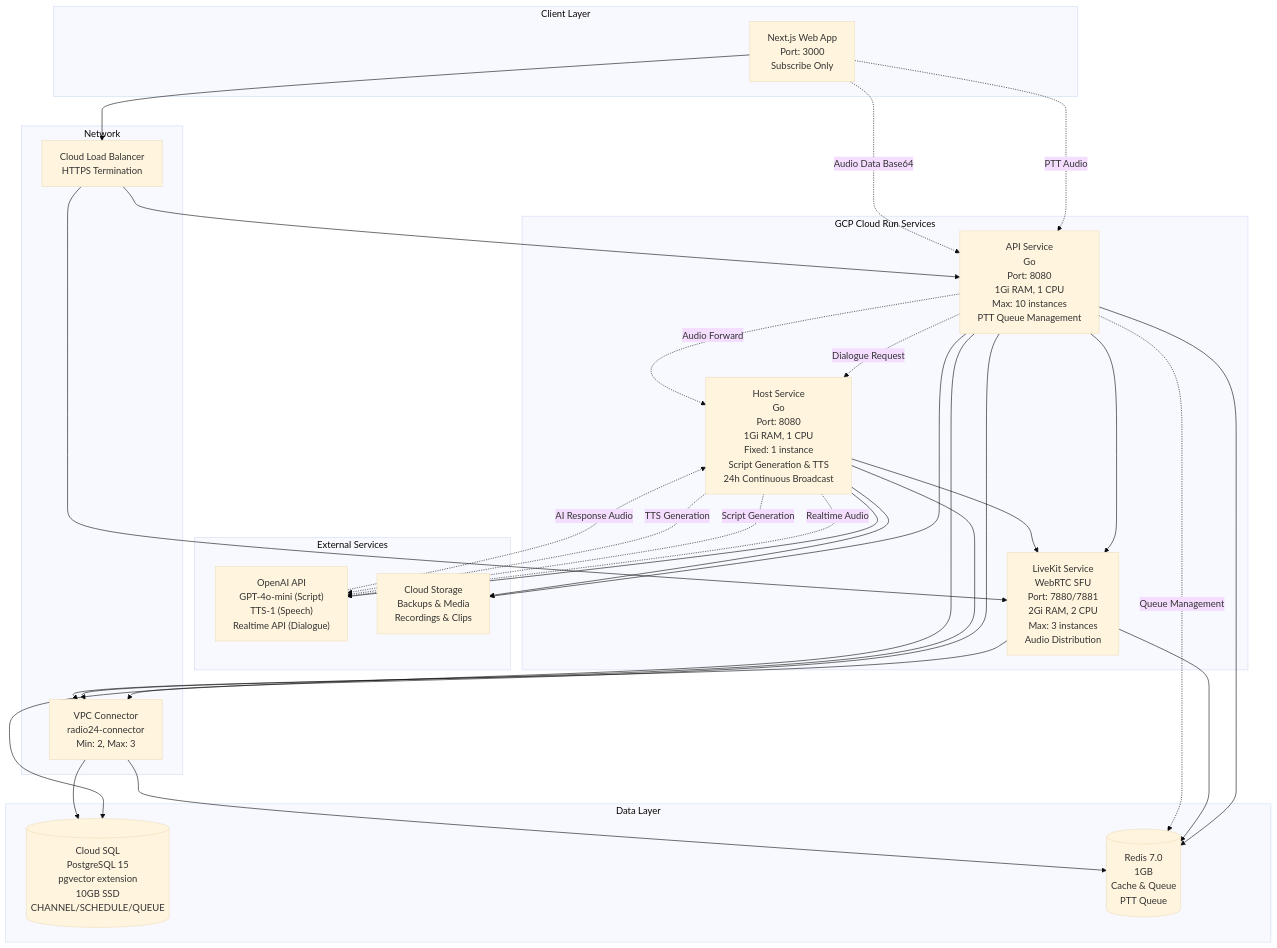
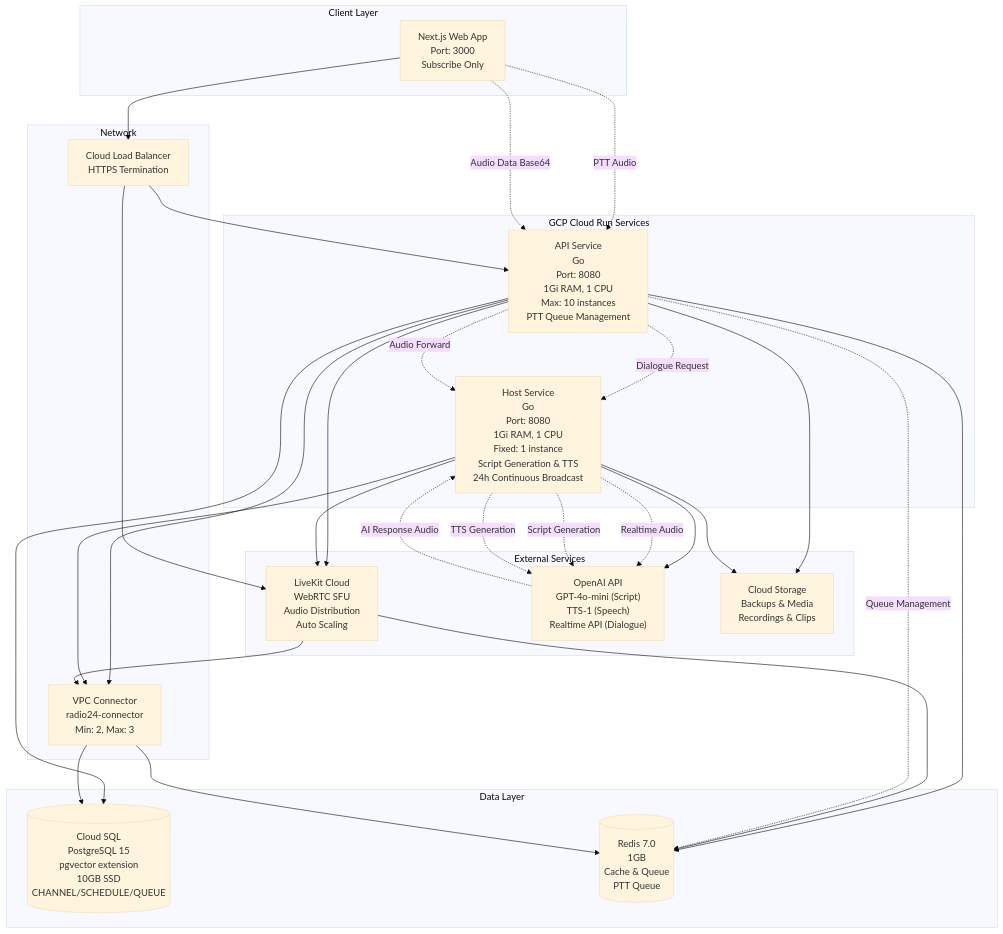
One commit to IzmYuta/Hacz_Ichthyo changed the first of 3 diagrams in docs/architecture-diagram.md. Above: the diagram before and after it, drawn with Mermaid (base theme). The commit also changed other lines of this file and 1 other file, not shown here.

Commit message:
インフラストラクチャドキュメントにおいて、LiveKitサービスをLiveKit Cloudに変更し、関連情報を更新しました。また、WebRTC SFUの自動スケーリング機能についての説明を追加しました。

````diff
--- a/docs/architecture-diagram.md
+++ b/docs/architecture-diagram.md
@@ -5,64 +5,64 @@
 ```mermaid
 graph TB
     subgraph "Client Layer"
         WEB["Next.js Web App<br/>Port: 3000<br/>Subscribe Only"]
     end
     
     subgraph "GCP Cloud Run Services"
         API["API Service<br/>Go<br/>Port: 8080<br/>1Gi RAM, 1 CPU<br/>Max: 10 instances<br/>PTT Queue Management"]
         HOST["Host Service<br/>Go<br/>Port: 8080<br/>1Gi RAM, 1 CPU<br/>Fixed: 1 instance<br/>Script Generation & TTS<br/>24h Continuous Broadcast"]
-        LIVEKIT["LiveKit Service<br/>WebRTC SFU<br/>Port: 7880/7881<br/>2Gi RAM, 2 CPU<br/>Max: 3 instances<br/>Audio Distribution"]
     end
     
     subgraph "Data Layer"
         DB[("Cloud SQL<br/>PostgreSQL 15<br/>pgvector extension<br/>10GB SSD<br/>CHANNEL/SCHEDULE/QUEUE")]
         REDIS[("Redis 7.0<br/>1GB<br/>Cache & Queue<br/>PTT Queue")]
     end
     
     subgraph "External Services"
+        LIVEKIT["LiveKit Cloud<br/>WebRTC SFU<br/>Audio Distribution<br/>Auto Scaling"]
         OPENAI["OpenAI API<br/>GPT-4o-mini (Script)<br/>TTS-1 (Speech)<br/>Realtime API (Dialogue)"]
         STORAGE["Cloud Storage<br/>Backups & Media<br/>Recordings & Clips"]
     end
     
     subgraph "Network"
         VPC["VPC Connector<br/>radio24-connector<br/>Min: 2, Max: 3"]
         LB["Cloud Load Balancer<br/>HTTPS Termination"]
     end
     
     %% Client connections (Subscribe Only)
     WEB --> LB
     LB --> LIVEKIT
     LB --> API
     
     %% Service connections
     API --> DB
     API --> REDIS
     API --> LIVEKIT
     HOST --> LIVEKIT
     HOST --> OPENAI
     LIVEKIT --> REDIS
     
     %% PTT Flow (Dialogue Mode)
     WEB -.->|PTT Audio| API
     API -.->|Queue Management| REDIS
     API -.->|Dialogue Request| HOST
     WEB -.->|Audio Data Base64| API
     API -.->|Audio Forward| HOST
     HOST -.->|Realtime Audio| OPENAI
     OPENAI -.->|AI Response Audio| HOST
     
     %% Script Generation Flow
     HOST -.->|Script Generation| OPENAI
     HOST -.->|TTS Generation| OPENAI
     
     %% Data connections
     API --> STORAGE
     HOST --> STORAGE
     
     %% Network connections
     API --> VPC
     HOST --> VPC
     LIVEKIT --> VPC
     VPC --> DB
     VPC --> REDIS
 ```
````
